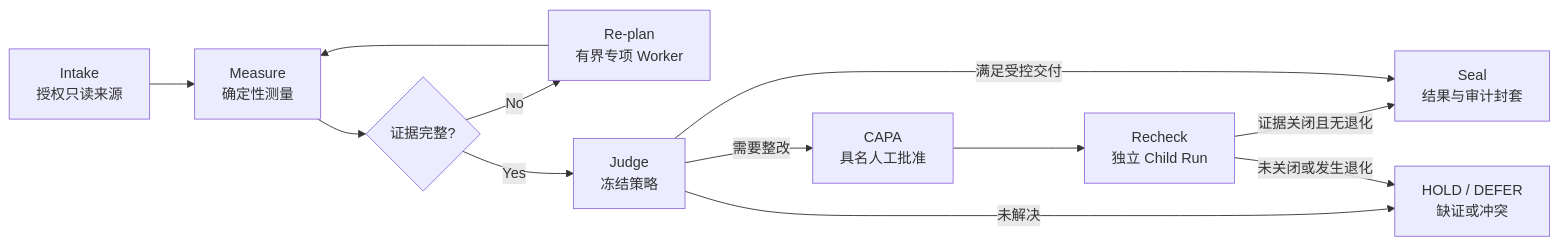
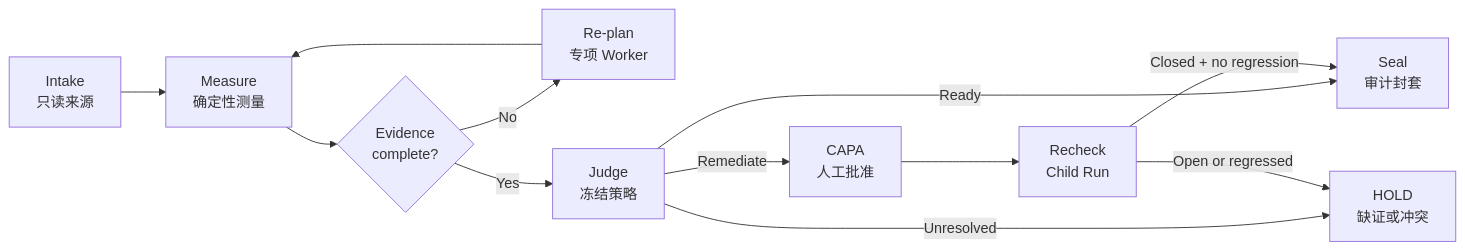
The diagram in README.md (dukeandBaron/visiondata-gate), drawn with Mermaid before and after one commit. The commit also changed other lines of this file and 1 other file, not shown here.

````diff
--- a/README.md
+++ b/README.md
@@ -59,21 +67,21 @@
 ```mermaid
 flowchart LR
-    A[Intake<br/>授权只读来源]
+    A[Intake<br/>只读来源]
     B[Measure<br/>确定性测量]
-    C{证据完整?}
-    D[Re-plan<br/>有界专项 Worker]
+    C{Evidence<br/>complete?}
+    D[Re-plan<br/>专项 Worker]
     E[Judge<br/>冻结策略]
-    F[CAPA<br/>具名人工批准]
-    G[Recheck<br/>独立 Child Run]
-    H[Seal<br/>结果与审计封套]
-    X[HOLD / DEFER<br/>缺证或冲突]
+    F[CAPA<br/>人工批准]
+    G[Recheck<br/>Child Run]
+    H[Seal<br/>审计封套]
+    X[HOLD<br/>缺证或冲突]
 
     A --> B --> C
     C -- No --> D --> B
     C -- Yes --> E
-    E -- 需要整改 --> F --> G
-    G -- 证据关闭且无退化 --> H
-    E -- 满足受控交付 --> H
-    E -- 未解决 --> X
-    G -- 未关闭或发生退化 --> X
+    E -- Remediate --> F --> G
+    E -- Ready --> H
+    E -- Unresolved --> X
+    G -- Closed + no regression --> H
+    G -- Open or regressed --> X
 ```
````
